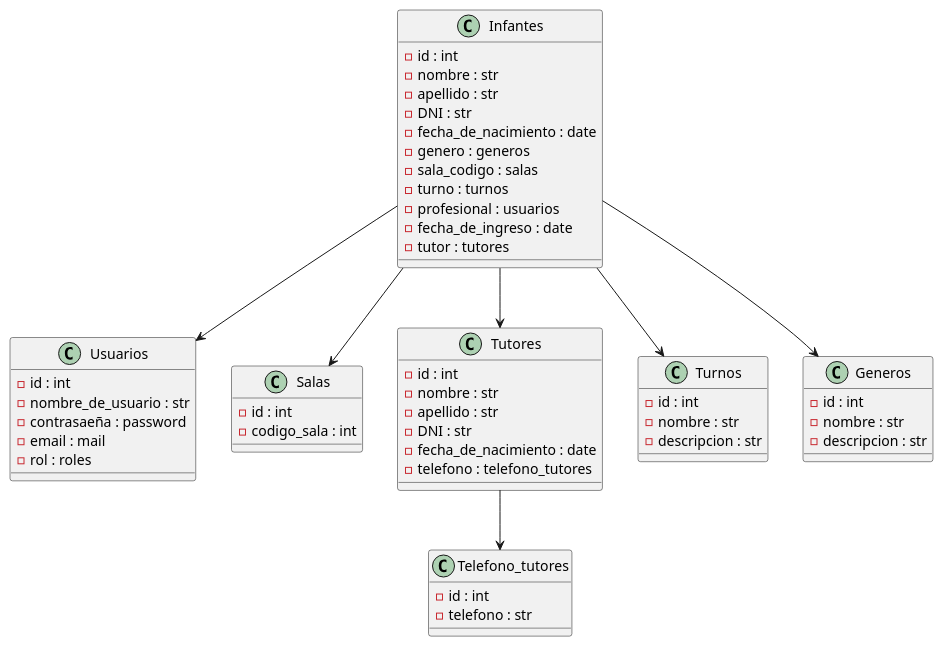
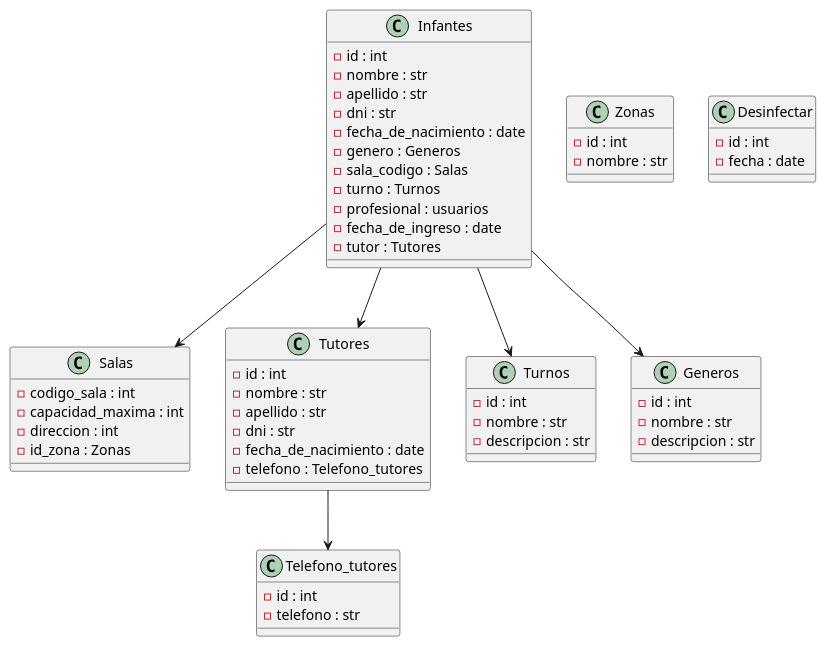
Before and after one commit to santiago6124/SalasCunaOLD: the diagram in Diagram.wsd, drawn with PlantUML.

Commit message:
minor changes

```diff
--- a/Diagram.wsd
+++ b/Diagram.wsd
@@ -1,63 +1,66 @@
 @startuml test
-
-class Usuarios {
-    -id : int
-    -nombre_de_usuario : str
-    -contrasaeña : password
-    -email : mail
-    -rol : roles
-}
 
 class Infantes {
     -id : int
     -nombre : str
     -apellido : str
-    -DNI : str
+    -dni : str
     -fecha_de_nacimiento : date
-    -genero : generos
-    -sala_codigo : salas
-    -turno : turnos
+    -genero : Generos
+    -sala_codigo : Salas
+    -turno : Turnos
     -profesional : usuarios
     -fecha_de_ingreso : date
-    -tutor : tutores
+    -tutor : Tutores
 
 }
 
 class Salas {
+    -codigo_sala : int
+    -capacidad_maxima : int
+    -direccion : int
+    -id_zona : Zonas
+} 
+
+class Zonas {
     -id : int
-    -codigo_sala : int
-} 
+    -nombre : str
+}
 
 class Tutores {
     -id : int
     -nombre : str
     -apellido : str
-    -DNI : str
+    -dni : str
     -fecha_de_nacimiento : date
-    -telefono : telefono_tutores
+    -telefono : Telefono_tutores
 }
 
 class Turnos {
     -id : int
     -nombre : str
     -descripcion : str
 }
 
 class Generos {
     -id : int
     -nombre : str
     -descripcion : str
 }
 
 class Telefono_tutores {
     -id : int
     -telefono : str
 }
 
+class Desinfectar {
+    -id : int
+    -fecha : date
+}
+
 Infantes --> Salas
 Infantes --> Generos
 Infantes --> Tutores
-Infantes --> Usuarios
 Infantes --> Turnos
 Tutores --> Telefono_tutores
 @enduml
```
